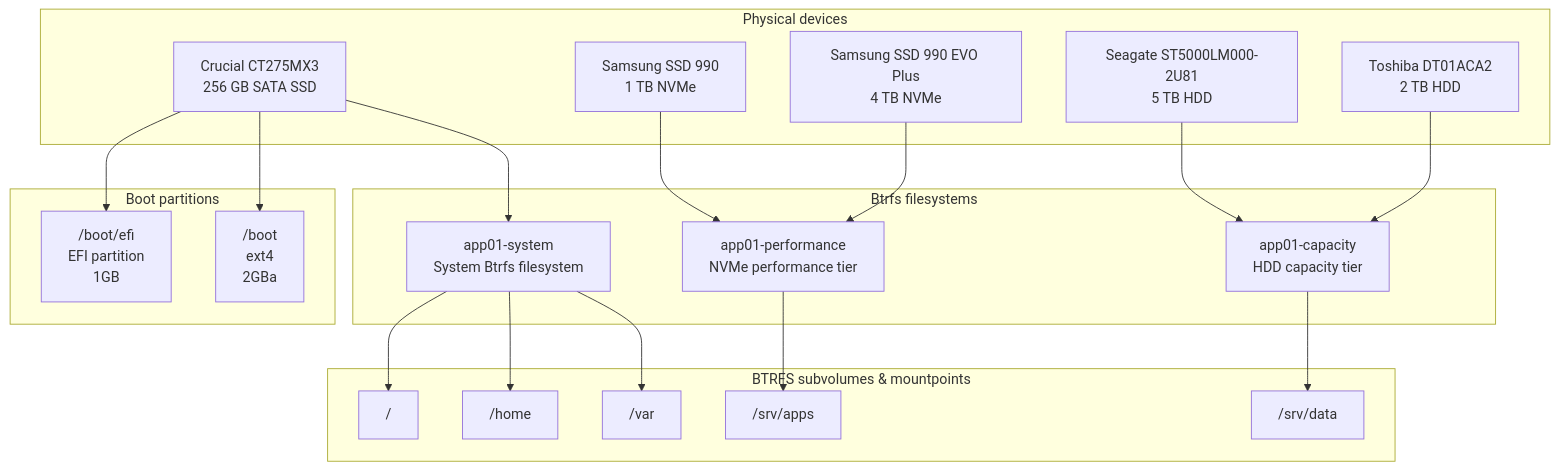
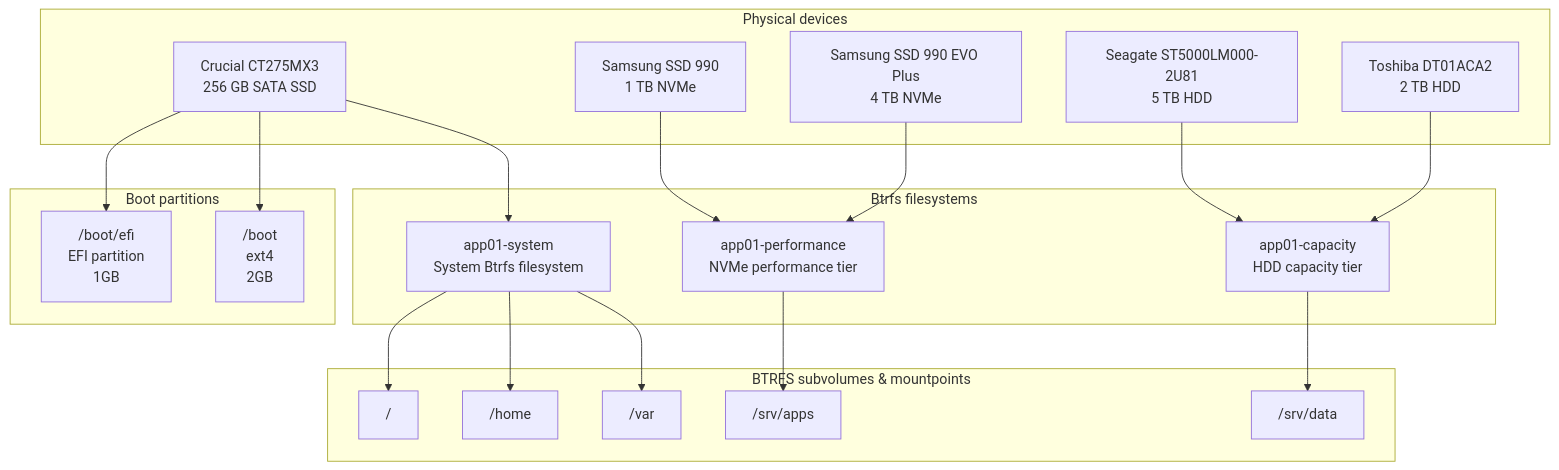
Before and after one commit to csmith2001/smith-docs: the diagram in docs/installation-guides/fedora/hardware-specific/servers/fedora-installer.md, drawn with Mermaid. The commit also changed 17 other files, not shown here.

````diff
--- a/docs/installation-guides/fedora/hardware-specific/servers/fedora-installer.md
+++ b/docs/installation-guides/fedora/hardware-specific/servers/fedora-installer.md
@@ -129,46 +129,46 @@
 ```mermaid
 flowchart TD
     subgraph PHYSICAL["Physical devices"]
       SSD["Crucial CT275MX3<br/>256 GB SATA SSD"]
       NVME1["Samsung SSD 990<br/>1 TB NVMe"]
       NVME2["Samsung SSD 990 EVO Plus<br/>4 TB NVMe"]
       HDD1["Seagate ST5000LM000-2U81<br/>5 TB HDD"]
       HDD2["Toshiba DT01ACA2<br/>2 TB HDD"]
     end
 
     subgraph MOUNTS["Boot partitions"]
       EFI["/boot/efi<br/>EFI partition<br/>1GB"]
-      BOOT["/boot<br/>ext4<br/>2GBa"]
+      BOOT["/boot<br/>ext4<br/>2GB"]
     end
 
     subgraph FILESYSTEMS["Btrfs filesystems"]
       SYSTEM["app01-system<br/>System Btrfs filesystem"]
       PERFORMANCE["app01-performance<br/>NVMe performance tier"]
       CAPACITY["app01-capacity<br/>HDD capacity tier"]
     end
 
     subgraph SUBVOLUMES["BTRFS subvolumes & mountpoints"]
       ROOT["/"]
       HOME["/home"]
       VAR["/var"]
       APPS["/srv/apps"]
       DATA["/srv/data"]
     end
 
     SSD --> EFI
     SSD --> BOOT
     SSD --> SYSTEM
 
     NVME1 --> PERFORMANCE
     NVME2 --> PERFORMANCE
 
     HDD1 --> CAPACITY
     HDD2 --> CAPACITY
 
     SYSTEM --> ROOT
     SYSTEM --> HOME
     SYSTEM --> VAR
 
     PERFORMANCE --> APPS
     CAPACITY --> DATA
 ```
````
